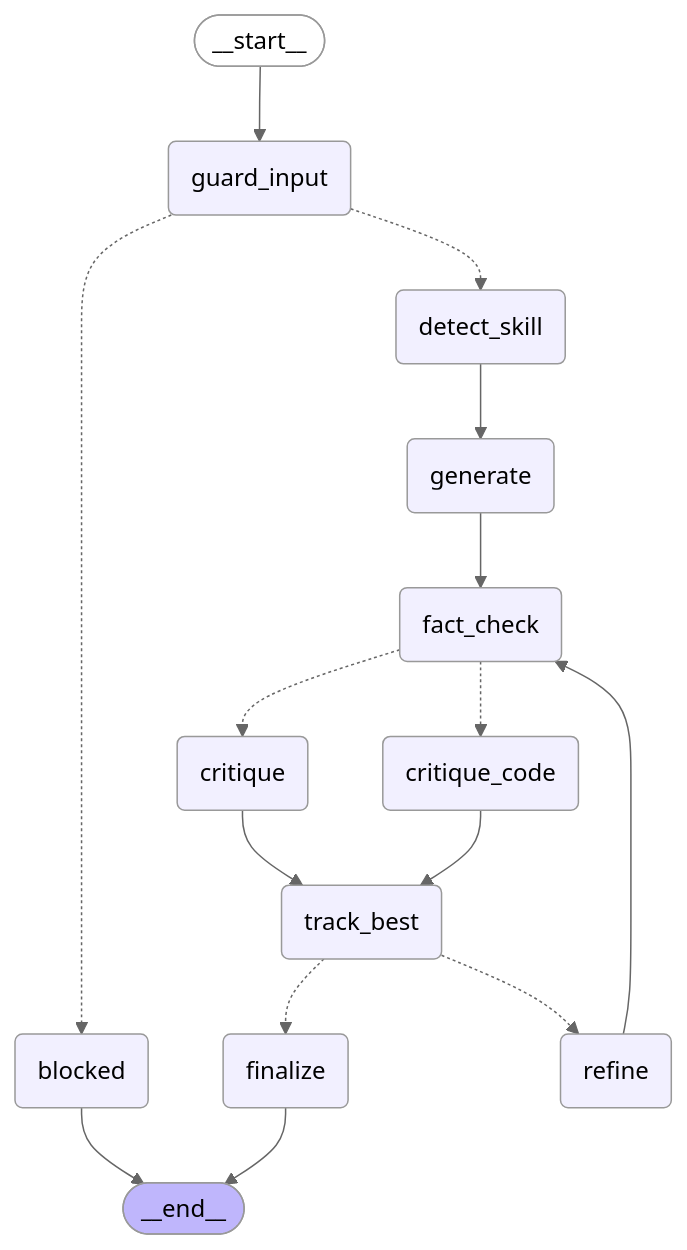
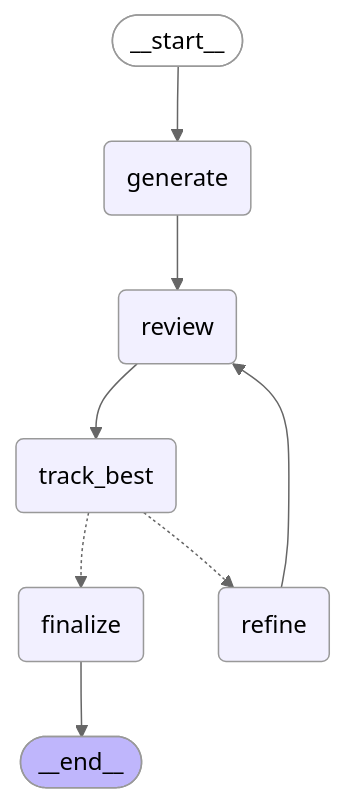
One commit to PrajwalThorat-Dev/Self-Reviewing-Model changed the diagram in graph/diagram.md. Above: the diagram before and after it, drawn with Mermaid (neutral theme). The commit also changed 118 other files, not shown here.

````diff
--- a/graph/diagram.md
+++ b/graph/diagram.md
@@ -1,32 +1,20 @@
 ```mermaid
 graph TD;
 	__start__([<p>__start__</p>]):::first
-	guard_input(guard_input)
-	blocked(blocked)
-	detect_skill(detect_skill)
 	generate(generate)
-	fact_check(fact_check)
-	critique(critique)
-	critique_code(critique_code)
+	review(review)
+	track_best(track_best)
 	refine(refine)
-	track_best(track_best)
 	finalize(finalize)
 	__end__([<p>__end__</p>]):::last
-	__start__ --> guard_input;
-	critique --> track_best;
-	critique_code --> track_best;
-	detect_skill --> generate;
-	fact_check -.-> critique;
-	fact_check -.-> critique_code;
-	generate --> fact_check;
-	guard_input -.-> blocked;
-	guard_input -.-> detect_skill;
-	refine --> fact_check;
+	__start__ --> generate;
+	generate --> review;
+	refine --> review;
+	review --> track_best;
 	track_best -.-> finalize;
 	track_best -.-> refine;
-	blocked --> __end__;
 	finalize --> __end__;
 	classDef default fill:#f2f0ff,line-height:1.2
 	classDef first fill-opacity:0
 	classDef last fill:#bfb6fc
 ```
````
